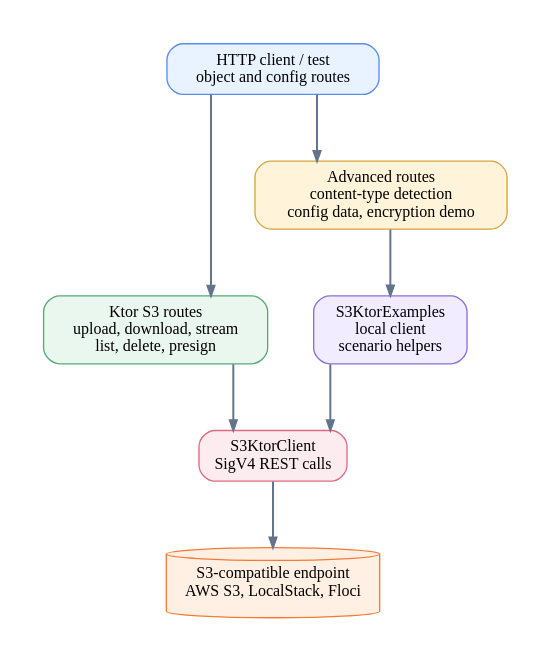
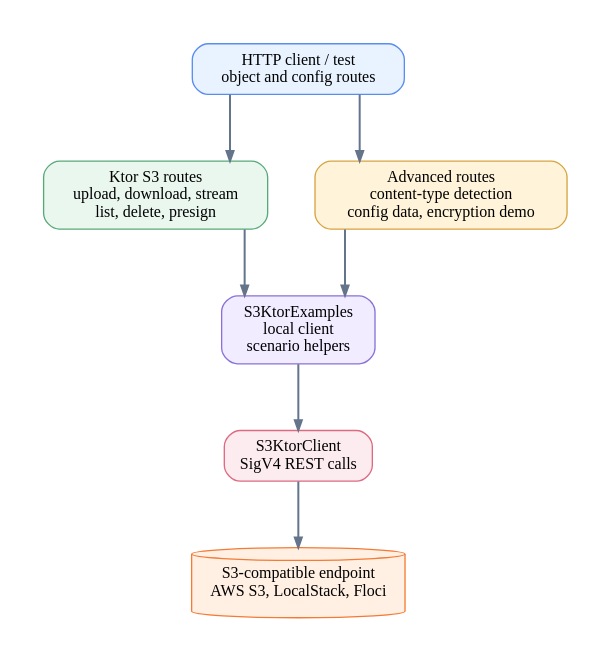
One commit to bluetape4k/bluetape4k-aws changed the diagram in docs/images/readme-diagrams/examples-aws-ktor-s3-examples-architecture-01.dot. Above: the diagram before and after it, drawn with Graphviz. The commit also changed 92 other files, not shown here.

First line of the commit message:
docs: repair README diagram checklist compliance

```diff
--- a/docs/images/readme-diagrams/examples-aws-ktor-s3-examples-architecture-01.dot
+++ b/docs/images/readme-diagrams/examples-aws-ktor-s3-examples-architecture-01.dot
@@ -1,17 +1,17 @@
 digraph examples_aws_ktor_s3_examples_architecture_01 {
   graph [rankdir=TB, bgcolor="#ffffff", pad=0.35, nodesep=0.48, ranksep=0.70, splines=ortho]
   node [shape=box, style="rounded,filled", fontname="Architects Daughter", fontsize=12, margin="0.14,0.09", color="#94a3b8", fillcolor="#f8fafc"]
   edge [fontname="Comic Mono", fontsize=10, color="#64748b", penwidth=1.5, arrowsize=0.75]
   client [label="HTTP client / test\nobject and config routes", fillcolor="#E8F3FF", color="#5B8DEF"]
   routes [label="Ktor S3 routes\nupload, download, stream\nlist, delete, presign", fillcolor="#EAF7EF", color="#58A978"]
   advanced [label="Advanced routes\ncontent-type detection\nconfig data, encryption demo", fillcolor="#FFF3D9", color="#D6A441"]
   helpers [label="S3KtorExamples\nlocal client\nscenario helpers", fillcolor="#F1ECFF", color="#8A72D6"]
   s3client [label="S3KtorClient\nSigV4 REST calls", fillcolor="#FDECEF", color="#DC6B82"]
   s3 [label="S3-compatible endpoint\nAWS S3, LocalStack, Floci", fillcolor="#FFF0E3", color="#F47B36", shape=cylinder]
   client -> routes
   client -> advanced
-  routes -> s3client
+  routes -> helpers
   advanced -> helpers
   helpers -> s3client
   s3client -> s3
 }
```
